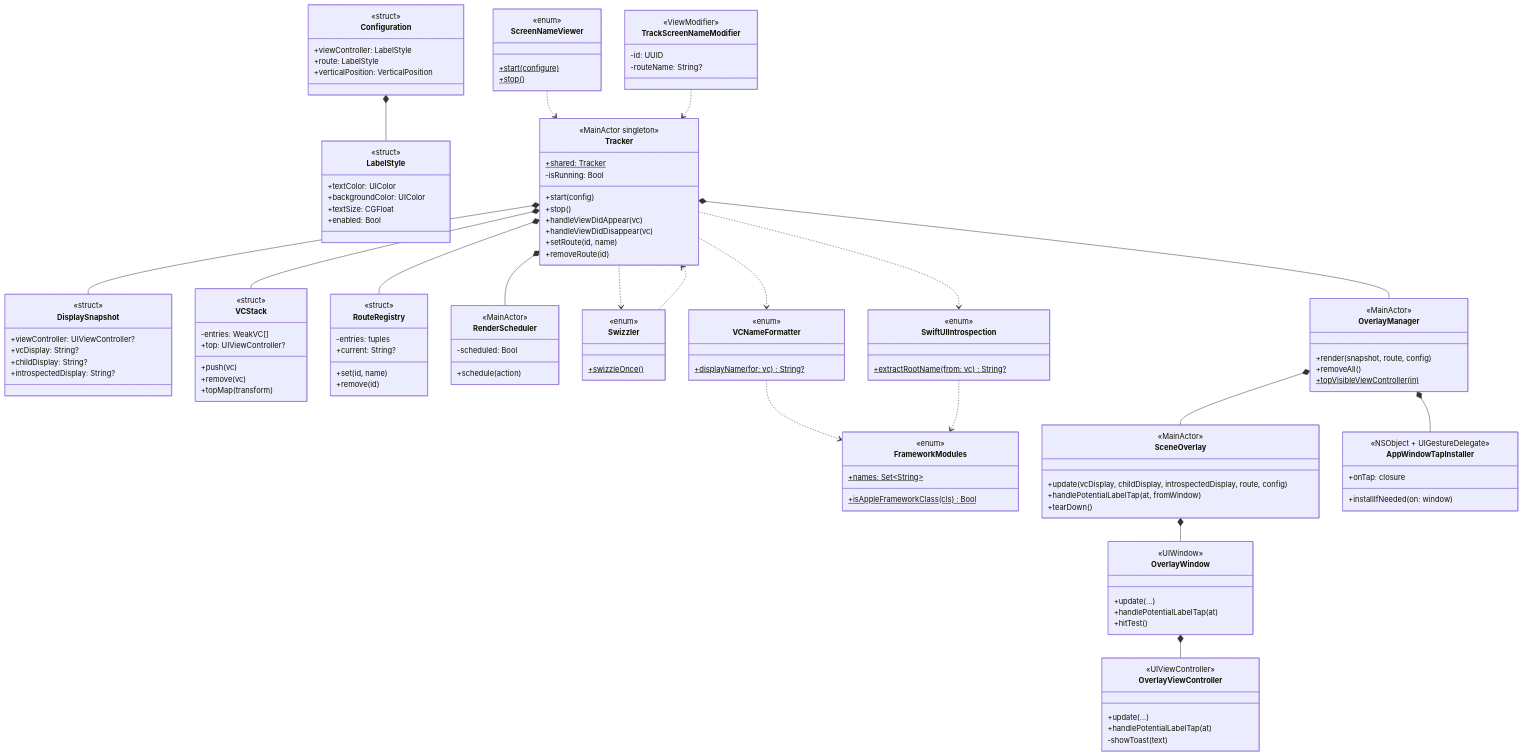
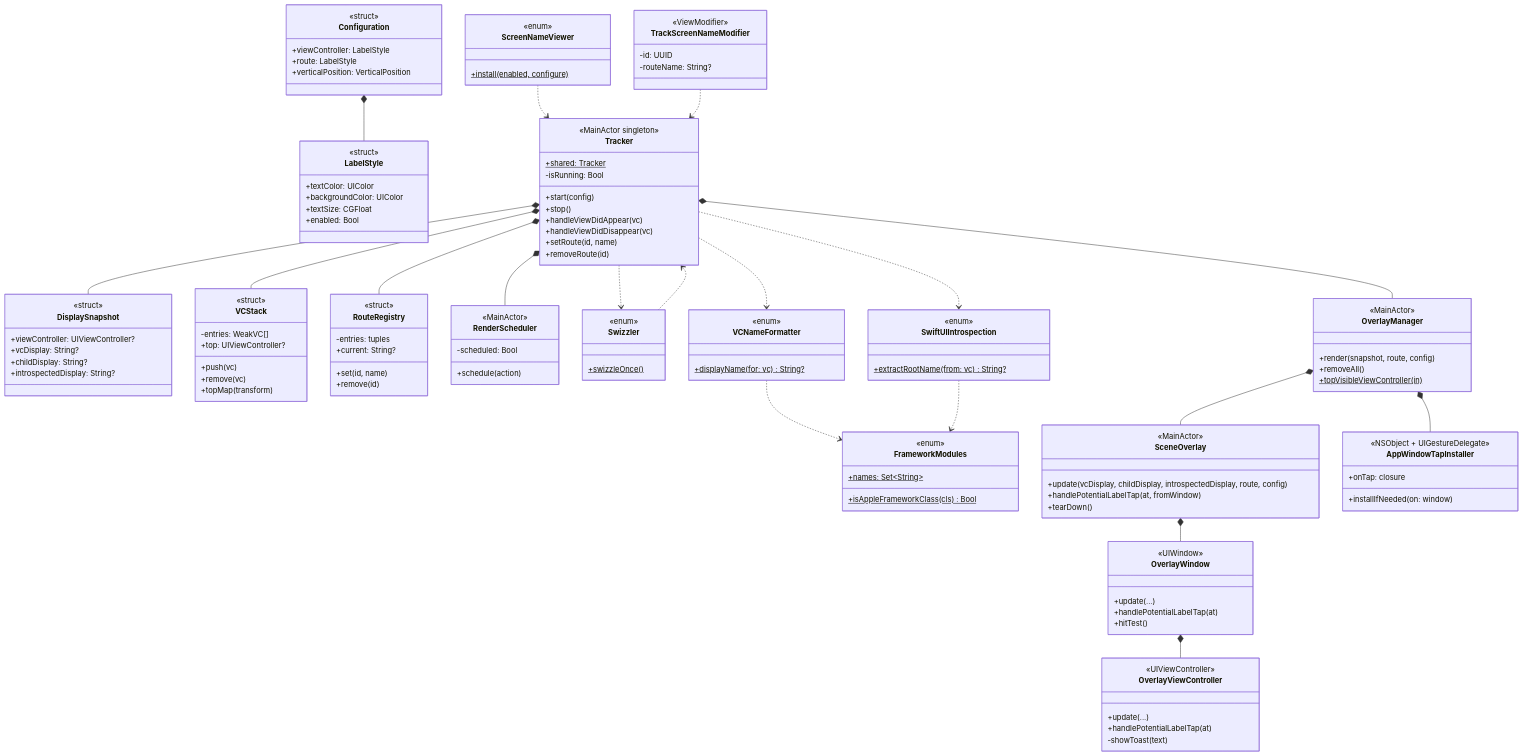
The diagram in README.md (DongLab-DevTools/ScreenNameViewer-For-iOS), drawn with Mermaid before and after one commit. The commit also changed other lines of this file and 3 other files, not shown here.

```diff
--- a/README.md
+++ b/README.md
@@ -253,8 +261,7 @@
 
     class ScreenNameViewer {
         <<enum>>
-        +start(configure)$
-        +stop()$
+        +install(enabled, configure)$
     }
 
     class Configuration {
```
